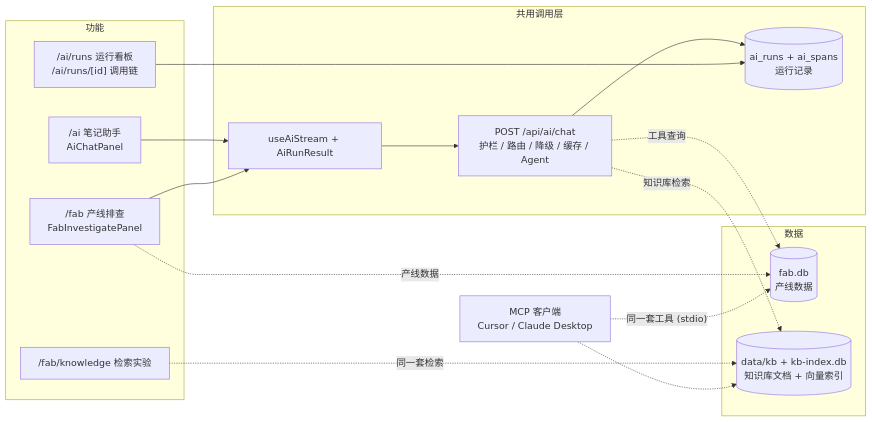
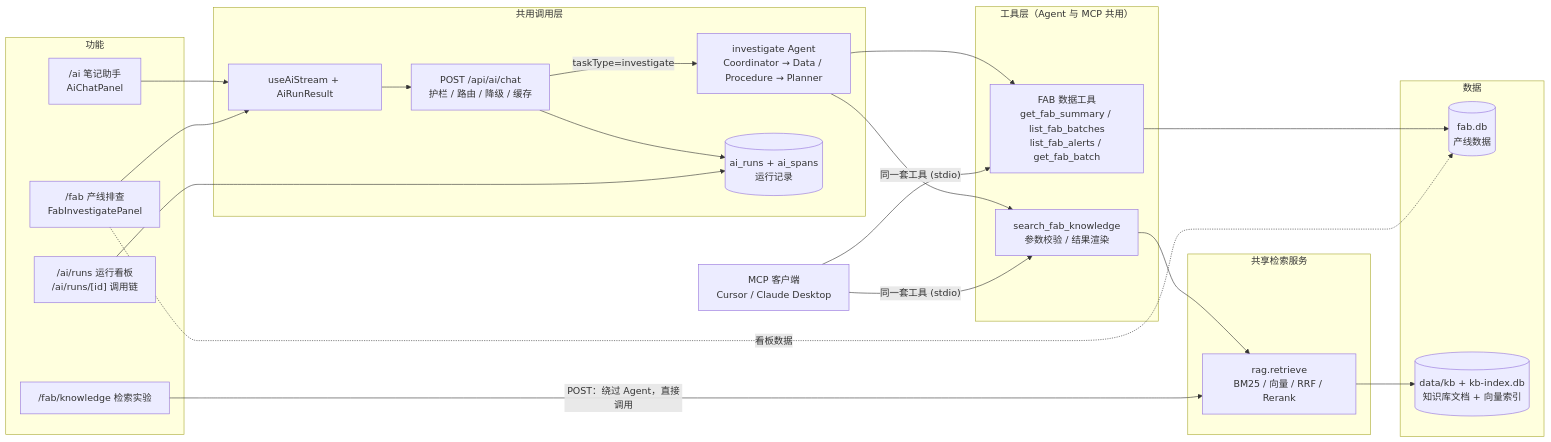
Before and after one commit to sunguchuan/star-track-demo: the diagram in docs/ai-design.md, drawn with Mermaid. The commit also changed other lines of this file and 34 other files, not shown here.

````diff
--- a/docs/ai-design.md
+++ b/docs/ai-design.md
@@ -87,30 +87,42 @@
 ```mermaid
 flowchart LR
   subgraph Features["功能"]
     A["/ai 笔记助手<br/>AiChatPanel"]
     B["/fab 产线排查<br/>FabInvestigatePanel"]
     C["/ai/runs 运行看板<br/>/ai/runs/[id] 调用链"]
     K["/fab/knowledge 检索实验"]
   end
   subgraph Gateway["共用调用层"]
     H["useAiStream + AiRunResult"]
-    G["POST /api/ai/chat<br/>护栏 / 路由 / 降级 / 缓存 / Agent"]
+    G["POST /api/ai/chat<br/>护栏 / 路由 / 降级 / 缓存"]
+    AG["investigate Agent<br/>Coordinator → Data / Procedure → Planner"]
     RUNS[("ai_runs + ai_spans<br/>运行记录")]
+  end
+  subgraph Tools["工具层（Agent 与 MCP 共用）"]
+    FT["FAB 数据工具<br/>get_fab_summary / list_fab_batches<br/>list_fab_alerts / get_fab_batch"]
+    KT["search_fab_knowledge<br/>参数校验 / 结果渲染"]
+  end
+  subgraph Retrieval["共享检索服务"]
+    R["rag.retrieve<br/>BM25 / 向量 / RRF / Rerank"]
   end
   subgraph Data["数据"]
     FABDB[("fab.db<br/>产线数据")]
     KBASE[("data/kb + kb-index.db<br/>知识库文档 + 向量索引")]
   end
   MCP["MCP 客户端<br/>Cursor / Claude Desktop"]
   A --> H
   B --> H
   H --> G
+  G -->|"taskType=investigate"| AG
+  AG --> FT
+  AG --> KT
+  MCP -->|"同一套工具 (stdio)"| FT
+  MCP -->|"同一套工具 (stdio)"| KT
+  FT --> FABDB
+  KT --> R
+  K -->|"POST：绕过 Agent，直接调用"| R
+  R --> KBASE
   G --> RUNS
   C --> RUNS
-  B -.->|"产线数据"| FABDB
-  G -.->|"工具查询"| FABDB
-  G -.->|"知识库检索"| KBASE
-  K -.->|"同一套检索"| KBASE
-  MCP -.->|"同一套工具 (stdio)"| FABDB
-  MCP -.-> KBASE
+  B -.->|"看板数据"| FABDB
 ```
````
